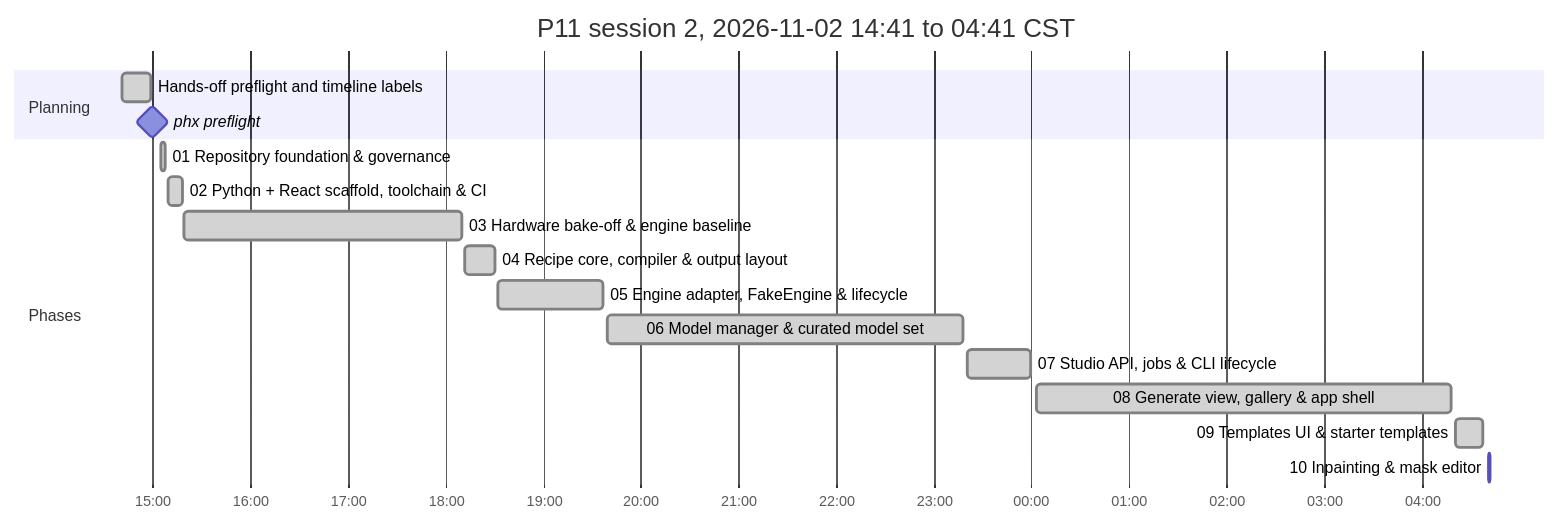
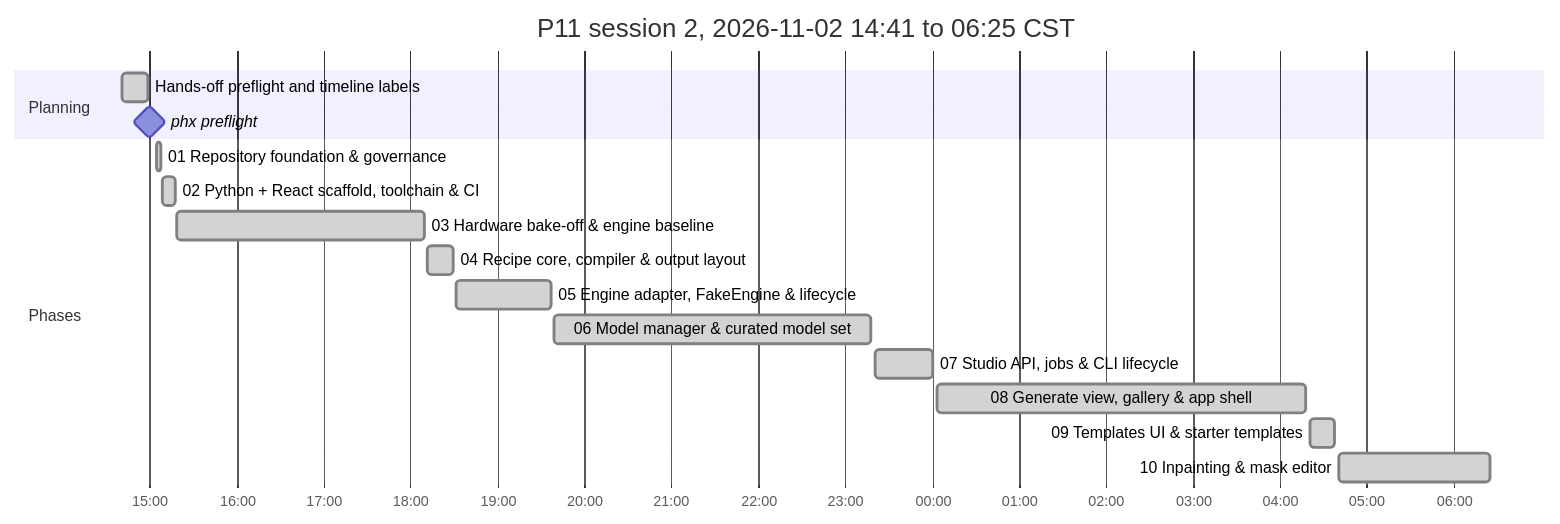
One commit to antonizick/project1111 changed the second of 2 diagrams in P11_IMPLEMENTATION_PLAN.md. Above: the diagram before and after it, drawn with Mermaid. The commit also changed other lines of this file and 1 other file, not shown here.

Commit message:
docs(plan): refresh timeline

````diff
--- a/P11_IMPLEMENTATION_PLAN.md
+++ b/P11_IMPLEMENTATION_PLAN.md
@@ -74,20 +74,20 @@
 ```mermaid
 gantt
-    title P11 session 2, 2026-11-02 14:41 to 04:41 CST
+    title P11 session 2, 2026-11-02 14:41 to 06:25 CST
     dateFormat YYYY-MM-DD HH:mm
     axisFormat %H:%M
     section Planning
     Hands-off preflight and timeline labels :done, plan3, 2026-11-02 14:41, 2026-11-02 14:59
     phx preflight :milestone, pf13ee0d5, 2026-11-02 15:00, 0m
     section Phases
     01 Repository foundation & governance :done, p01s2, 2026-11-02 15:05, 2026-11-02 15:08
     02 Python + React scaffold, toolchain & CI :done, p02s2, 2026-11-02 15:09, 2026-11-02 15:18
     03 Hardware bake-off & engine baseline :done, p03s2, 2026-11-02 15:19, 2026-11-02 18:10
     04 Recipe core, compiler & output layout :done, p04s2, 2026-11-02 18:12, 2026-11-02 18:30
     05 Engine adapter, FakeEngine & lifecycle :done, p05s2, 2026-11-02 18:32, 2026-11-02 19:37
     06 Model manager & curated model set :done, p06s2, 2026-11-02 19:39, 2026-11-02 23:18
     07 Studio API, jobs & CLI lifecycle :done, p07s2, 2026-11-02 23:21, 2026-11-03 00:00
     08 Generate view, gallery & app shell :done, p08s2, 2026-11-03 00:03, 2026-11-03 04:18
     09 Templates UI & starter templates :done, p09s2, 2026-11-03 04:21, 2026-11-03 04:38
-    10 Inpainting & mask editor :active, p10s2, 2026-11-03 04:41, 2026-11-03 04:42
+    10 Inpainting & mask editor :done, p10s2, 2026-11-03 04:41, 2026-11-03 06:25
 ```
````
